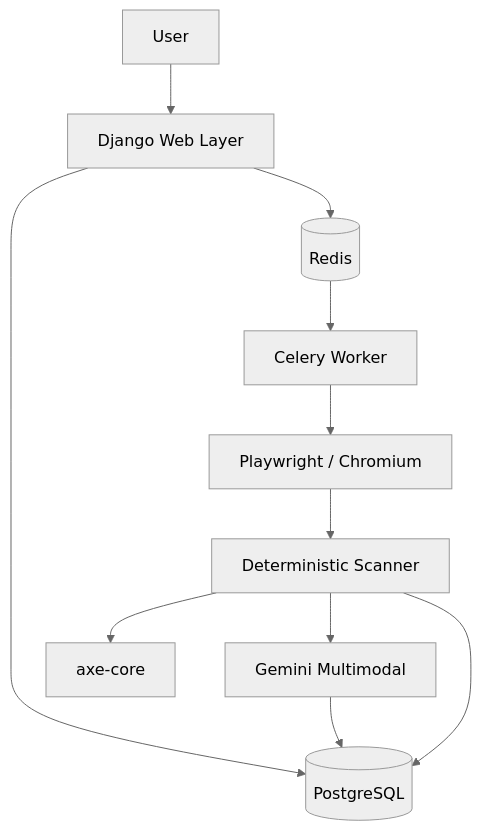
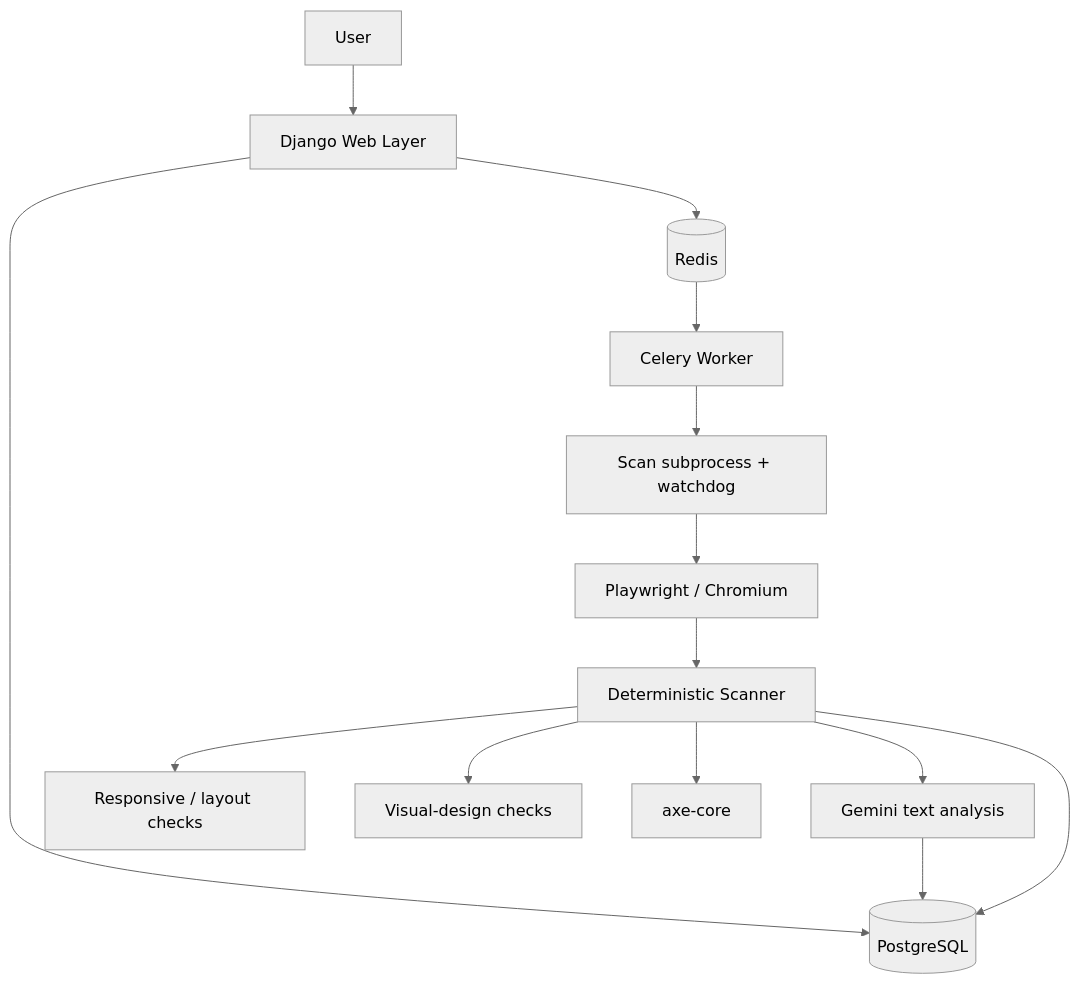
Before and after one commit to 1abhishek0948/Ai-Web-Doctor: the diagram in README.md, drawn with Mermaid (neutral theme). The commit also changed other lines of this file and 23 other files, not shown here.

Commit message:
Analyze all 10 categories per scan; text-only AI with token budget; scanner stability fixes

````diff
--- a/README.md
+++ b/README.md
@@ -196,13 +230,16 @@
 ```mermaid
 flowchart TD
     User[User] --> Django[Django Web Layer]
     Django --> PG[(PostgreSQL)]
     Django --> Redis[(Redis)]
     Redis --> Celery[Celery Worker]
-    Celery --> PW[Playwright / Chromium]
+    Celery --> Sub[Scan subprocess + watchdog]
+    Sub --> PW[Playwright / Chromium]
     PW --> Scanner[Deterministic Scanner]
+    Scanner --> Responsive[Responsive / layout checks]
+    Scanner --> Visual[Visual-design checks]
     Scanner --> Axe[axe-core]
-    Scanner --> Gemini[Gemini Multimodal]
+    Scanner --> Gemini[Gemini text analysis]
     Scanner --> PG
     Gemini --> PG
 ```
````
